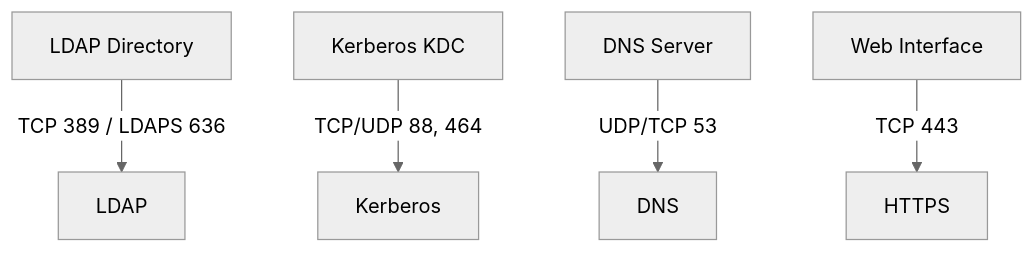
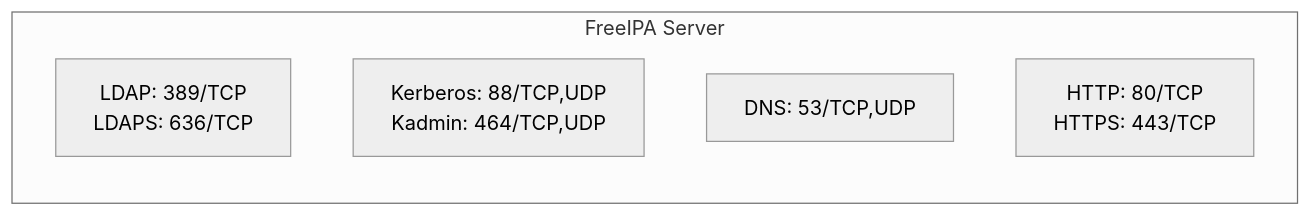
The third of 3 diagrams in content/posts/freeipa-setup.md (devitway/devopsway-blog), drawn with Mermaid (neutral theme) before and after one commit. The commit also changed other lines of this file and 2 other files, not shown here.

```diff
--- a/content/posts/freeipa-setup.md
+++ b/content/posts/freeipa-setup.md
@@ -121,7 +99,9 @@
 {{< mermaid >}}
-graph TD
-  LDAP["LDAP Directory"] -->|TCP 389 / LDAPS 636| LDAP_Port["LDAP"]
-  Kerberos["Kerberos KDC"] -->|TCP/UDP 88, 464| Kerberos_Port["Kerberos"]
-  DNS["DNS Server"] -->|UDP/TCP 53| DNS_Port["DNS"]
-  WebUI["Web Interface"] -->|TCP 443| HTTPS_Port["HTTPS"]
+graph LR
+  subgraph "FreeIPA Server"
+    LDAP["LDAP: 389/TCP<br/>LDAPS: 636/TCP"]
+    KRB["Kerberos: 88/TCP,UDP<br/>Kadmin: 464/TCP,UDP"]
+    DNS["DNS: 53/TCP,UDP"]
+    WEB["HTTP: 80/TCP<br/>HTTPS: 443/TCP"]
+  end
 {{< /mermaid >}}
```
